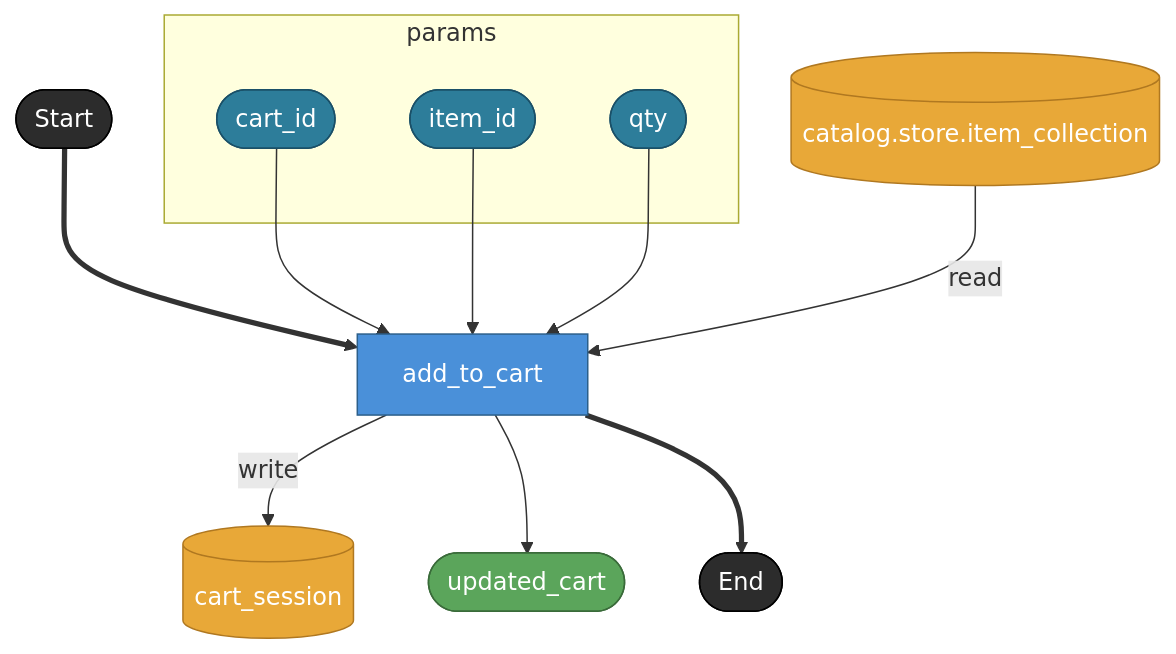
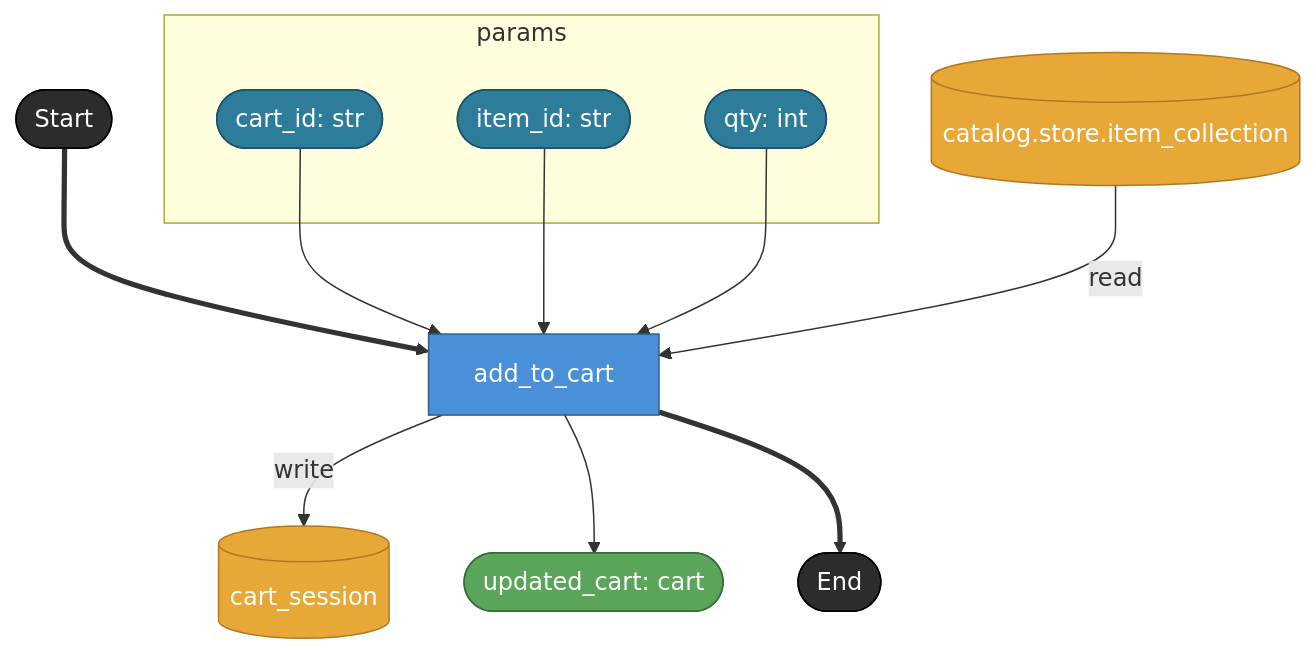
The diagram in docs/uc/001-ec-checkout-flow/renders/commerce/dag-add_to_cart.md (hiroshiasayadev-prog/brewprint), drawn with Mermaid before and after one commit. The commit also changed 18 other files, not shown here.

````diff
--- a/docs/uc/001-ec-checkout-flow/renders/commerce/dag-add_to_cart.md
+++ b/docs/uc/001-ec-checkout-flow/renders/commerce/dag-add_to_cart.md
@@ -11,30 +11,30 @@
 ```mermaid
 flowchart TD
   subgraph params
-    cart_id([cart_id])
-    item_id([item_id])
-    qty([qty])
+    cart_id([cart_id: str])
+    item_id([item_id: str])
+    qty([qty: int])
   end
 
   _start([Start]) ==> add_to_cart[add_to_cart]
   cart_id --> add_to_cart
   item_id --> add_to_cart
   qty --> add_to_cart
 
   catalog.store.item_collection[(catalog.store.item_collection)] -- "read" --> add_to_cart
   add_to_cart -- "write" --> cart_session[(cart_session)]
 
-  add_to_cart --> updated_cart([updated_cart])
+  add_to_cart --> updated_cart([updated_cart: cart])
   add_to_cart ==> _end([End])
 
   classDef taskNode     fill:#4A90D9,stroke:#2C5F8A,color:#fff
   classDef storeNode    fill:#E8A838,stroke:#B07820,color:#fff
   classDef assetNode    fill:#5BA55B,stroke:#3A6B3A,color:#fff
   classDef terminalNode fill:#2C2C2C,stroke:#000,color:#fff
   classDef boundaryNode fill:#2D7D9A,stroke:#1A5068,color:#fff
   class add_to_cart taskNode
   class catalog.store.item_collection,cart_session storeNode
   class updated_cart assetNode
   class _start,_end terminalNode
   class cart_id,item_id,qty boundaryNode
 ```
````
